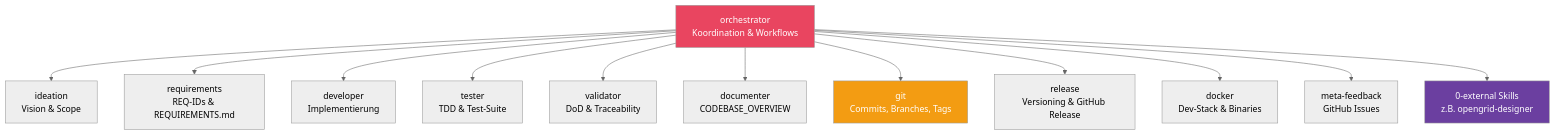
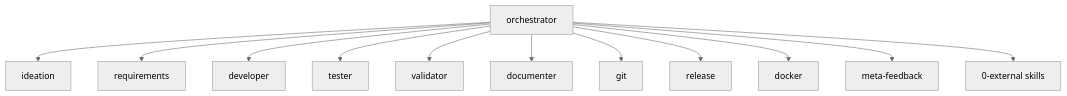
Before and after one commit to Popoboxxo/agent-meta: the diagram in docs/architecture/03-agent-roles.md, drawn with Mermaid (neutral theme). The commit also changed other lines of this file and 5 other files, not shown here.

First line of the commit message:
docs: fix mermaid syntax for GitHub compatibility

````diff
--- a/docs/architecture/03-agent-roles.md
+++ b/docs/architecture/03-agent-roles.md
@@ -5,20 +5,15 @@
 ```mermaid
 graph TD
-    ORC["orchestrator\nKoordination & Workflows"]
-
-    ORC --> IDE["ideation\nVision & Scope"]
-    ORC --> REQ["requirements\nREQ-IDs & REQUIREMENTS.md"]
-    ORC --> DEV["developer\nImplementierung"]
-    ORC --> TST["tester\nTDD & Test-Suite"]
-    ORC --> VAL["validator\nDoD & Traceability"]
-    ORC --> DOC["documenter\nCODEBASE_OVERVIEW"]
-    ORC --> GIT["git\nCommits, Branches, Tags"]
-    ORC --> REL["release\nVersioning & GitHub Release"]
-    ORC --> DOK["docker\nDev-Stack & Binaries"]
-    ORC --> MFB["meta-feedback\nGitHub Issues"]
-    ORC --> EXT["0-external Skills\nz.B. opengrid-designer"]
-
-    style ORC fill:#e94560,color:#fff
-    style GIT fill:#f39c12,color:#fff
-    style EXT fill:#6b3fa0,color:#fff
+    ORC[orchestrator]
+    ORC --> IDE[ideation]
+    ORC --> REQ[requirements]
+    ORC --> DEV[developer]
+    ORC --> TST[tester]
+    ORC --> VAL[validator]
+    ORC --> DOC[documenter]
+    ORC --> GIT[git]
+    ORC --> REL[release]
+    ORC --> DOK[docker]
+    ORC --> MFB[meta-feedback]
+    ORC --> EXT[0-external skills]
 ```
````
